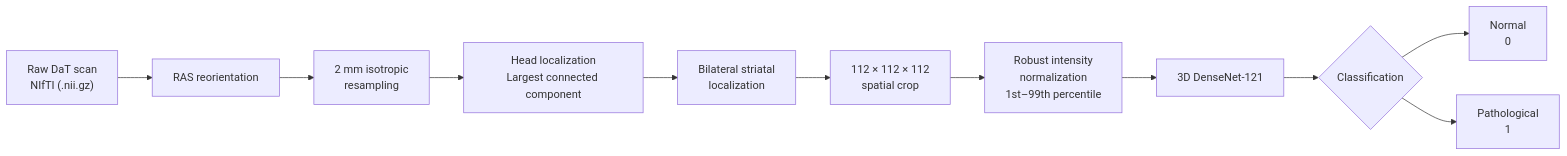
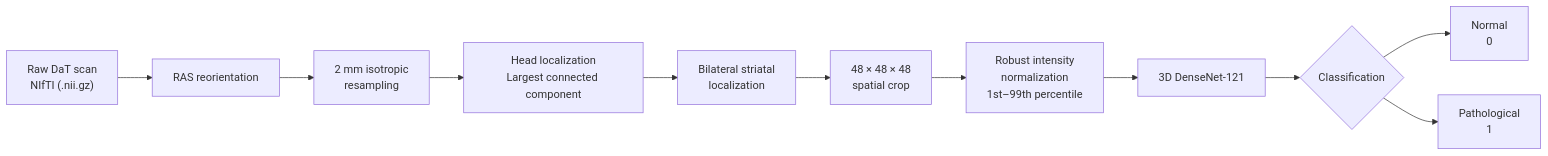
One commit to Robenson-Muscat/DaTParkinson changed the diagram in README.md. Above: the diagram before and after it, drawn with Mermaid. The commit also changed other lines of this file and 1 other file, not shown here.

````diff
--- a/README.md
+++ b/README.md
@@ -141,14 +141,14 @@
 ```mermaid
 flowchart LR
     A["Raw DaT scan<br/>NIfTI (.nii.gz)"] 
     --> B["RAS reorientation"]
     --> C["2 mm isotropic<br/>resampling"]
     --> D["Head localization<br/>Largest connected component"]
     --> E["Bilateral striatal<br/>localization"]
-    --> F["112 × 112 × 112<br/>spatial crop"]
+    --> F["48 × 48 × 48<br/>spatial crop"]
     --> G["Robust intensity<br/>normalization<br/>1st–99th percentile"]
     --> H["3D DenseNet-121"]
     --> I{"Classification"}
     --> J["Normal<br/>0"]
     I --> K["Pathological<br/>1"]
 ```
````
